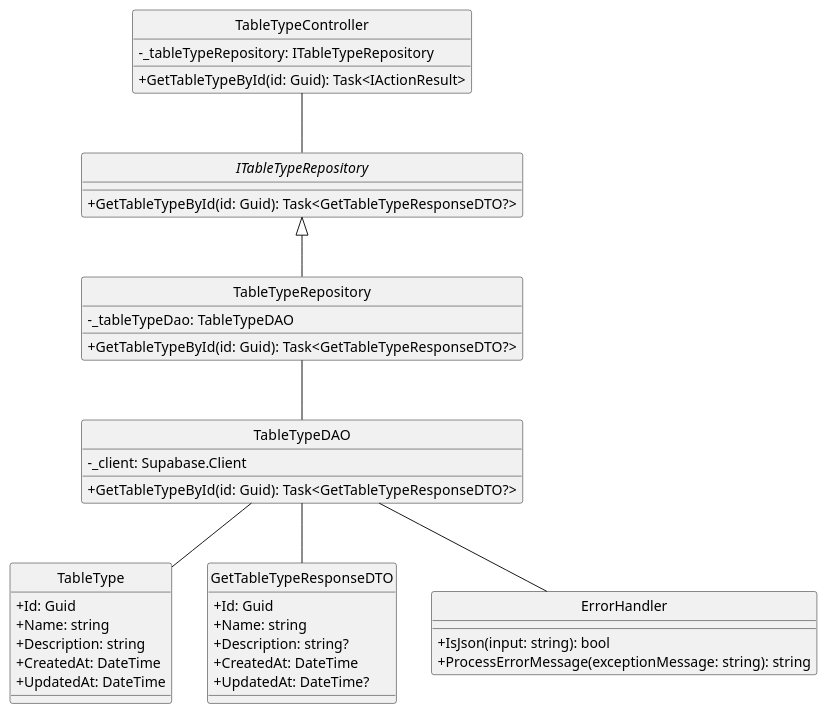
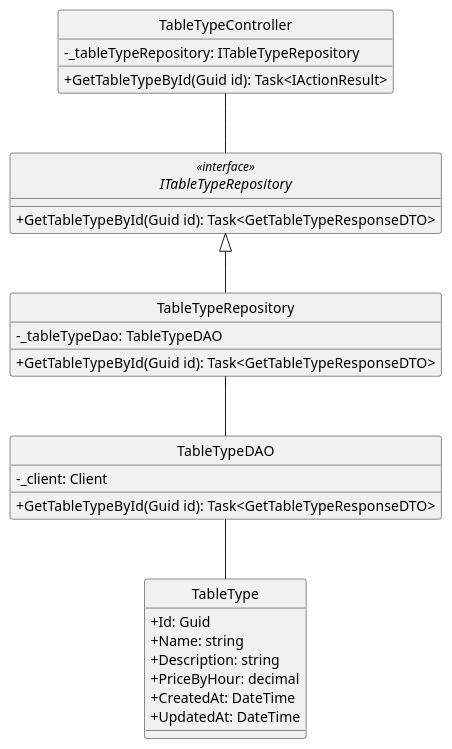
The diagram in docs/ClassDiagram/TableType/GetById.plantuml (minhnhut23/FPT-OBOMS), drawn with PlantUML before and after one commit. The commit also changed 50 other files, not shown here.

Commit message:
Update class diagram of table, type. bill. billdetail

```diff
--- a/docs/ClassDiagram/TableType/GetById.plantuml
+++ b/docs/ClassDiagram/TableType/GetById.plantuml
@@ -1,52 +1,38 @@
 @startuml
 hide circle
 skinparam classAttributeIconSize 0
 
 class TableTypeController {
     - _tableTypeRepository: ITableTypeRepository
-    + GetTableTypeById(id: Guid): Task<IActionResult>
+    + GetTableTypeById(Guid id): Task<IActionResult>
 }
 
-interface ITableTypeRepository {
-    + GetTableTypeById(id: Guid): Task<GetTableTypeResponseDTO?>
+interface ITableTypeRepository<<interface>> {
+    + GetTableTypeById(Guid id): Task<GetTableTypeResponseDTO>
 }
 
 class TableTypeRepository {
     - _tableTypeDao: TableTypeDAO
-    + GetTableTypeById(id: Guid): Task<GetTableTypeResponseDTO?>
+    + GetTableTypeById(Guid id): Task<GetTableTypeResponseDTO>
 }
 
 class TableTypeDAO {
-    - _client: Supabase.Client
-    + GetTableTypeById(id: Guid): Task<GetTableTypeResponseDTO?>
+    - _client: Client
+    + GetTableTypeById(Guid id): Task<GetTableTypeResponseDTO>
 }
 
 class TableType {
     + Id: Guid
     + Name: string
     + Description: string
+    + PriceByHour: decimal
     + CreatedAt: DateTime
     + UpdatedAt: DateTime
 }
 
-class GetTableTypeResponseDTO {
-    + Id: Guid
-    + Name: string
-    + Description: string?
-    + CreatedAt: DateTime
-    + UpdatedAt: DateTime?
-}
-
-class ErrorHandler {
-    + IsJson(input: string): bool
-    + ProcessErrorMessage(exceptionMessage: string): string
-}
 
 TableTypeController -- ITableTypeRepository
 ITableTypeRepository <|-- TableTypeRepository
 TableTypeRepository -- TableTypeDAO
-
 TableTypeDAO -- TableType
-TableTypeDAO -- ErrorHandler
-TableTypeDAO -- GetTableTypeResponseDTO
 @enduml
```
